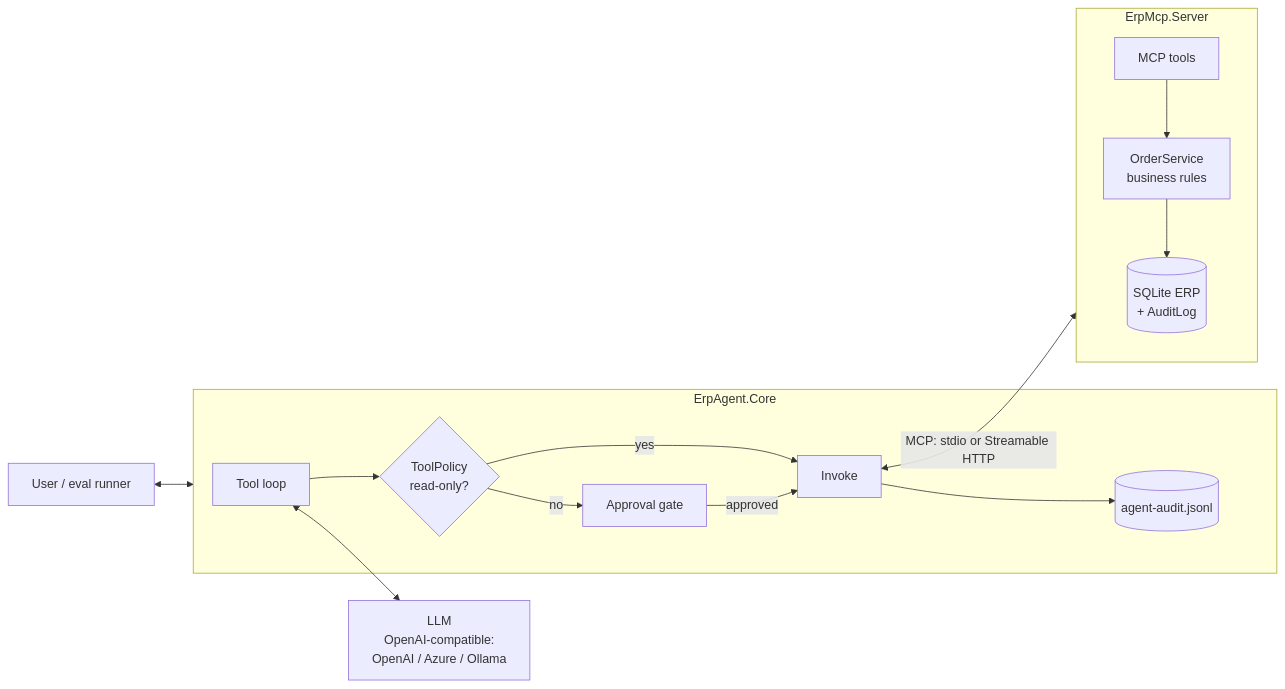
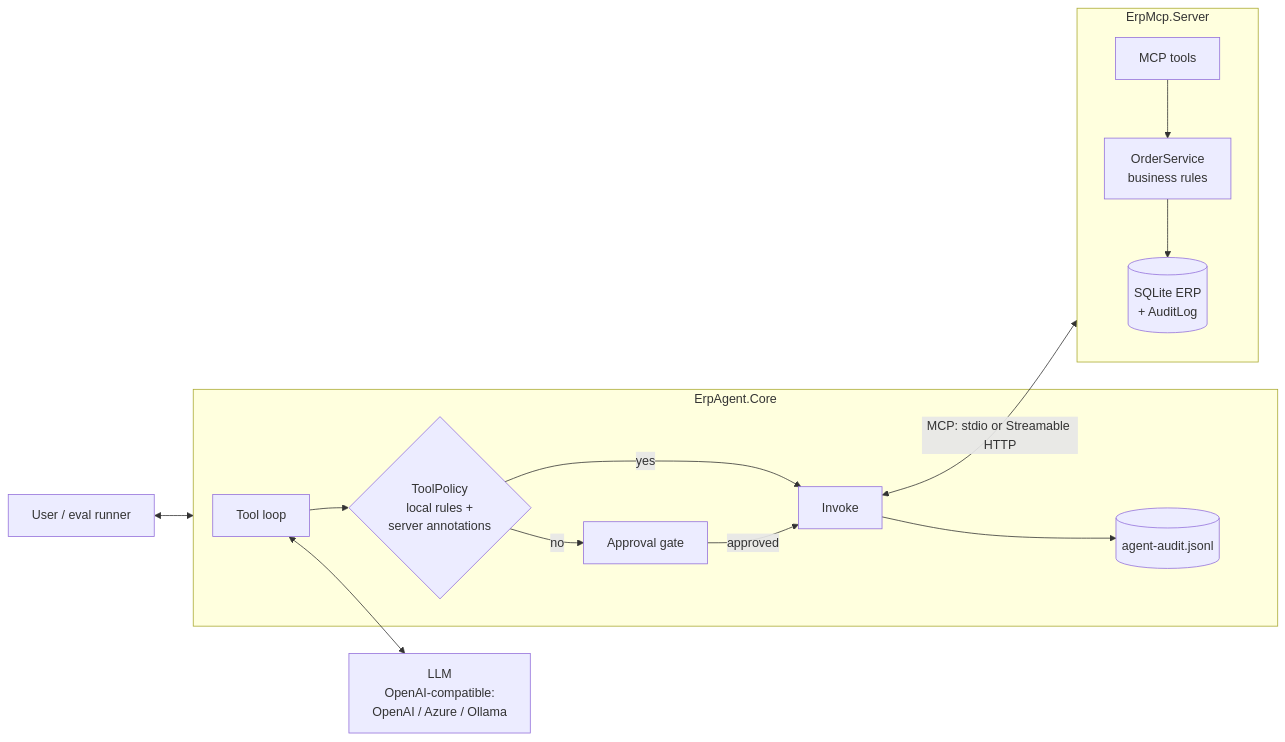
The diagram in README.md (szucsmik96/guarded-erp-agent), drawn with Mermaid before and after one commit. The commit also changed other lines of this file and 6 other files, not shown here.

First line of the commit message:
Add local tool policy and README badges

````diff
--- a/README.md
+++ b/README.md
@@ -24,19 +27,19 @@
 ```mermaid
 flowchart LR
     U[User / eval runner] <--> A
 
     subgraph A[ErpAgent.Core]
-        L[Tool loop] --> P{ToolPolicy<br/>read-only?}
+        L[Tool loop] --> P{ToolPolicy<br/>local rules +<br/>server annotations}
         P -- yes --> X[Invoke]
         P -- no --> G[Approval gate] -- approved --> X
         X --> J[(agent-audit.jsonl)]
     end
 
     L <--> M[LLM<br/>OpenAI-compatible:<br/>OpenAI / Azure / Ollama]
     X <-- MCP: stdio or Streamable HTTP --> S
 
     subgraph S[ErpMcp.Server]
         T[MCP tools] --> O[OrderService<br/>business rules]
         O --> D[(SQLite ERP<br/>+ AuditLog)]
     end
 ```
````
